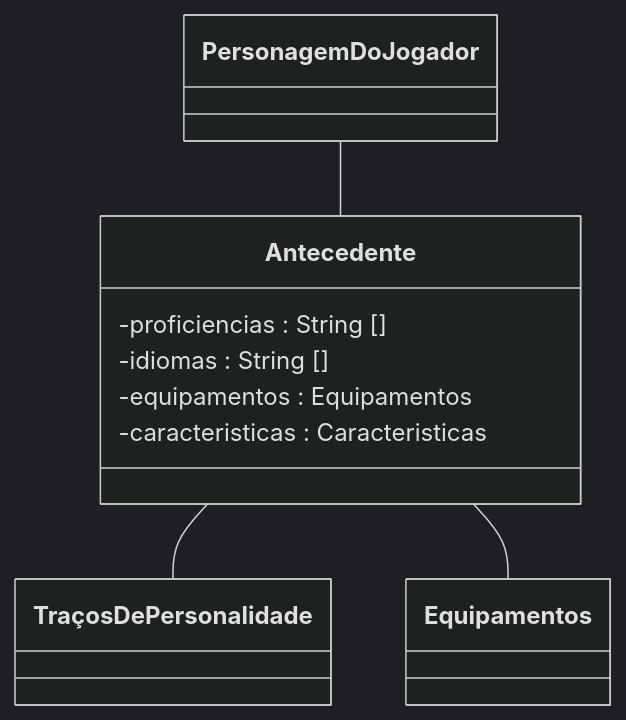
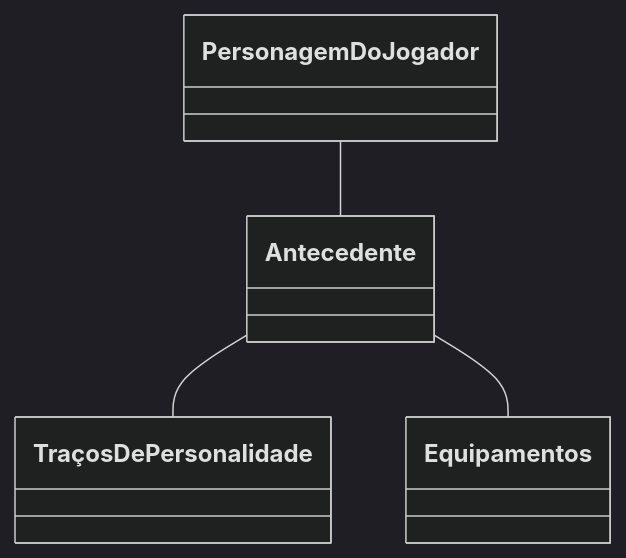
Before and after one commit to SirGanB/nio-website: the diagram in docs/generator/antecedente.md, drawn with Mermaid (dark theme). The commit also changed other lines of this file, not shown here.

Commit message:
atualização do antecedente

````diff
--- a/docs/generator/antecedente.md
+++ b/docs/generator/antecedente.md
@@ -15,13 +52,6 @@
 ```mermaid
 classDiagram
     PersonagemDoJogador -- Antecedente
     Antecedente --  TraçosDePersonalidade
     Antecedente -- Equipamentos
-
-    class Antecedente {
-        -proficiencias : String []
-        -idiomas : String []
-        -equipamentos : Equipamentos
-        -caracteristicas : Caracteristicas
-    }
 ```
````
